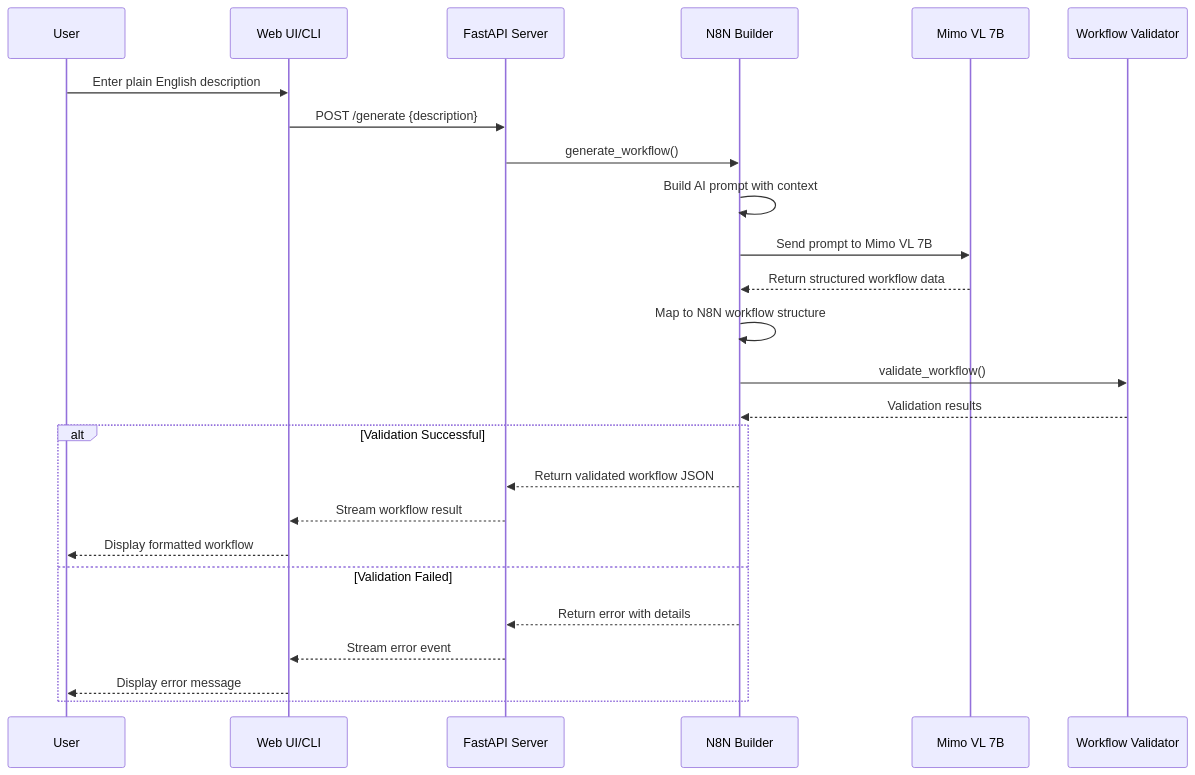
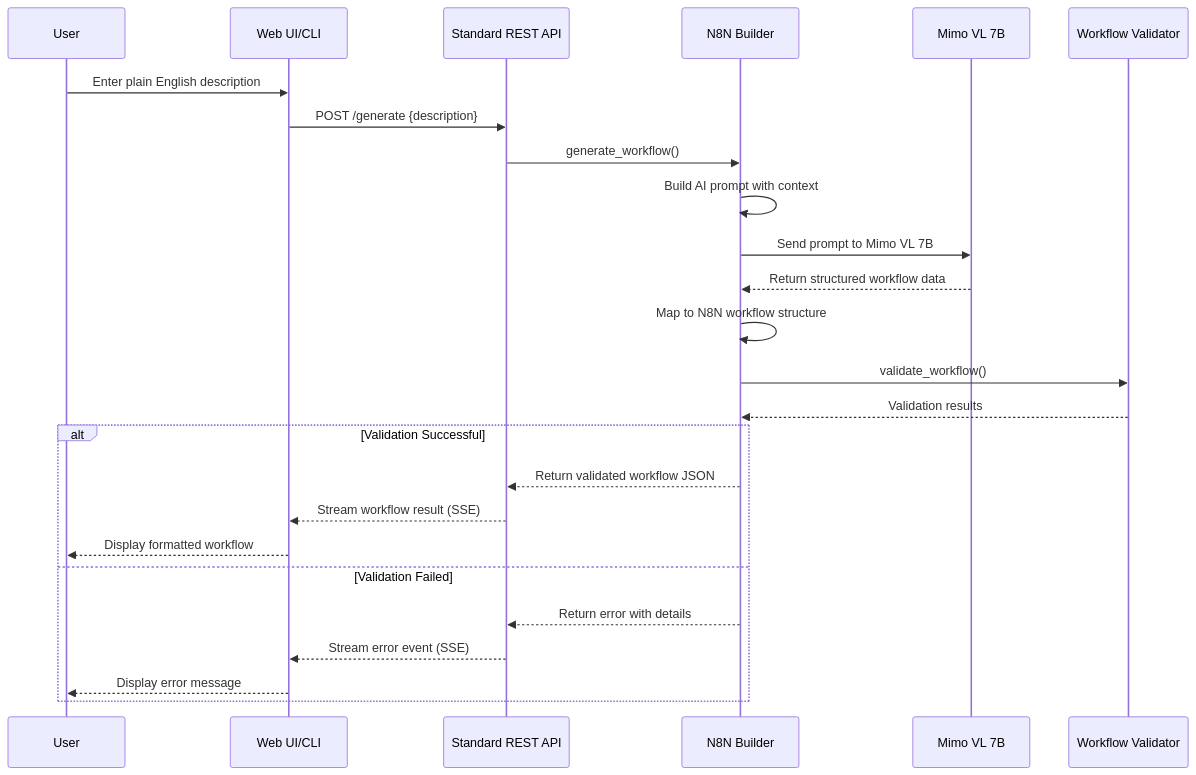
One commit to vbwyrde/N8N_Builder changed the second of 6 diagrams in Documentation/DOCUMENTATION.MD. Above: the diagram before and after it, drawn with Mermaid. The commit also changed other lines of this file and 29 other files, not shown here.

````diff
--- a/Documentation/DOCUMENTATION.MD
+++ b/Documentation/DOCUMENTATION.MD
@@ -124,31 +164,31 @@
 ```mermaid
 sequenceDiagram
     participant User
     participant UI as Web UI/CLI
-    participant API as FastAPI Server
+    participant API as Standard REST API
     participant Builder as N8N Builder
     participant LLM as Mimo VL 7B
     participant Validator as Workflow Validator
-    
+
     User->>UI: Enter plain English description
     UI->>API: POST /generate {description}
     API->>Builder: generate_workflow()
-    
+
     Builder->>Builder: Build AI prompt with context
     Builder->>LLM: Send prompt to Mimo VL 7B
     LLM-->>Builder: Return structured workflow data
-    
+
     Builder->>Builder: Map to N8N workflow structure
     Builder->>Validator: validate_workflow()
     Validator-->>Builder: Validation results
-    
+
     alt Validation Successful
         Builder-->>API: Return validated workflow JSON
-        API-->>UI: Stream workflow result
+        API-->>UI: Stream workflow result (SSE)
         UI-->>User: Display formatted workflow
     else Validation Failed
         Builder-->>API: Return error with details
-        API-->>UI: Stream error event
+        API-->>UI: Stream error event (SSE)
         UI-->>User: Display error message
     end
 ```
````
